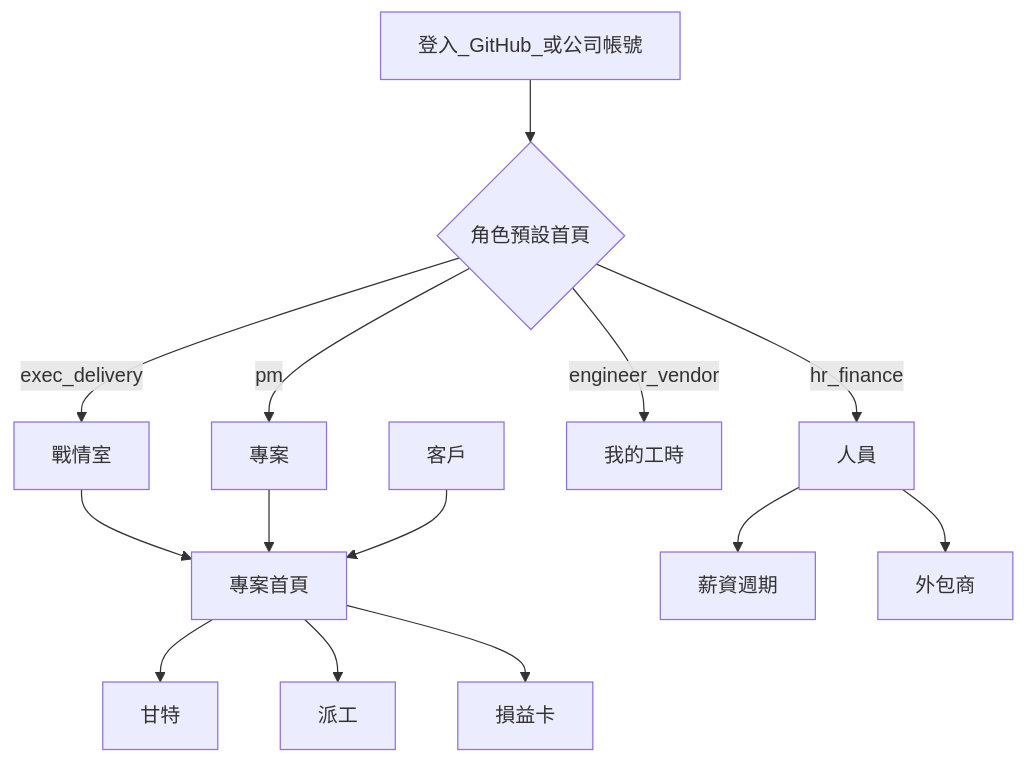
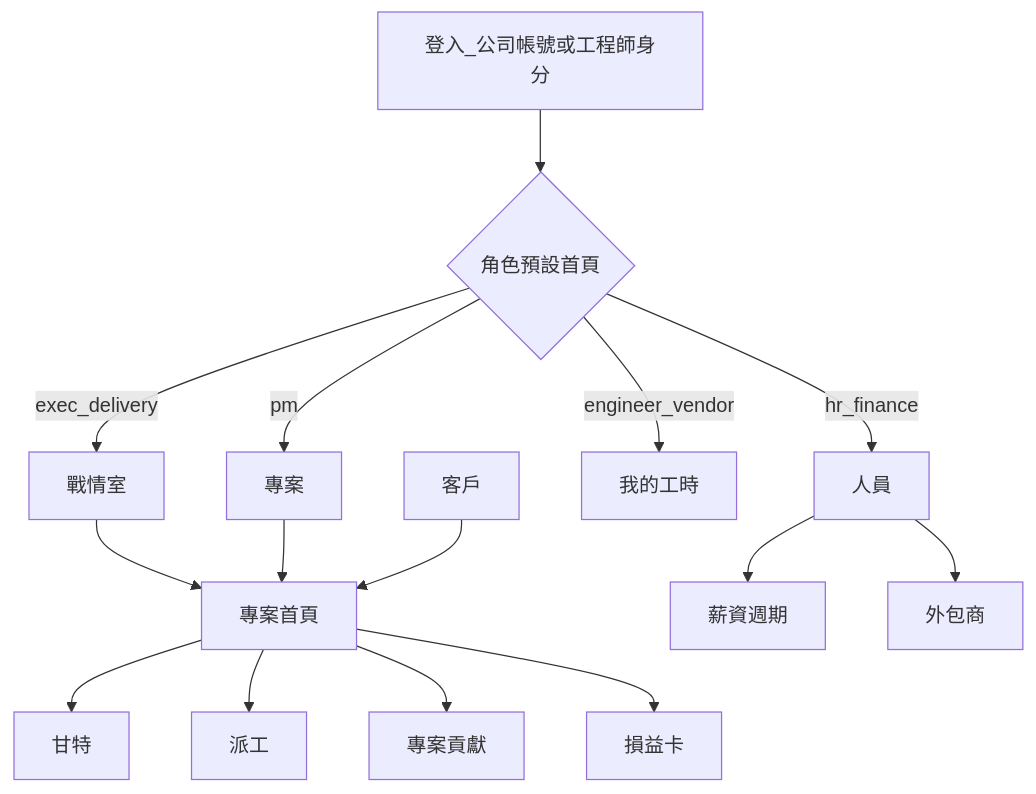
Before and after one commit to sjvann/AI_Project_Console: the diagram in docs/product/ux.md, drawn with Mermaid. The commit also changed other lines of this file and 28 other files, not shown here.

````diff
--- a/docs/product/ux.md
+++ b/docs/product/ux.md
@@ -23,18 +24,19 @@
 ```mermaid
 flowchart TB
-  Login[登入_GitHub_或公司帳號]
+  Login[登入_公司帳號或工程師身分]
   Home{角色預設首頁}
   Login --> Home
   Home -->|exec_delivery| War[戰情室]
   Home -->|pm| Projects[專案]
   Home -->|hr_finance| People[人員]
   Home -->|engineer_vendor| Me[我的工時]
   War --> ProjectPage[專案首頁]
   Projects --> ProjectPage
   ProjectPage --> Gantt[甘特]
   ProjectPage --> Dispatch[派工]
+  ProjectPage --> Contrib[專案貢獻]
   ProjectPage --> Pnl[損益卡]
   People --> Payroll[薪資週期]
   People --> Vendors[外包商]
   Clients[客戶] --> ProjectPage
 ```
````
